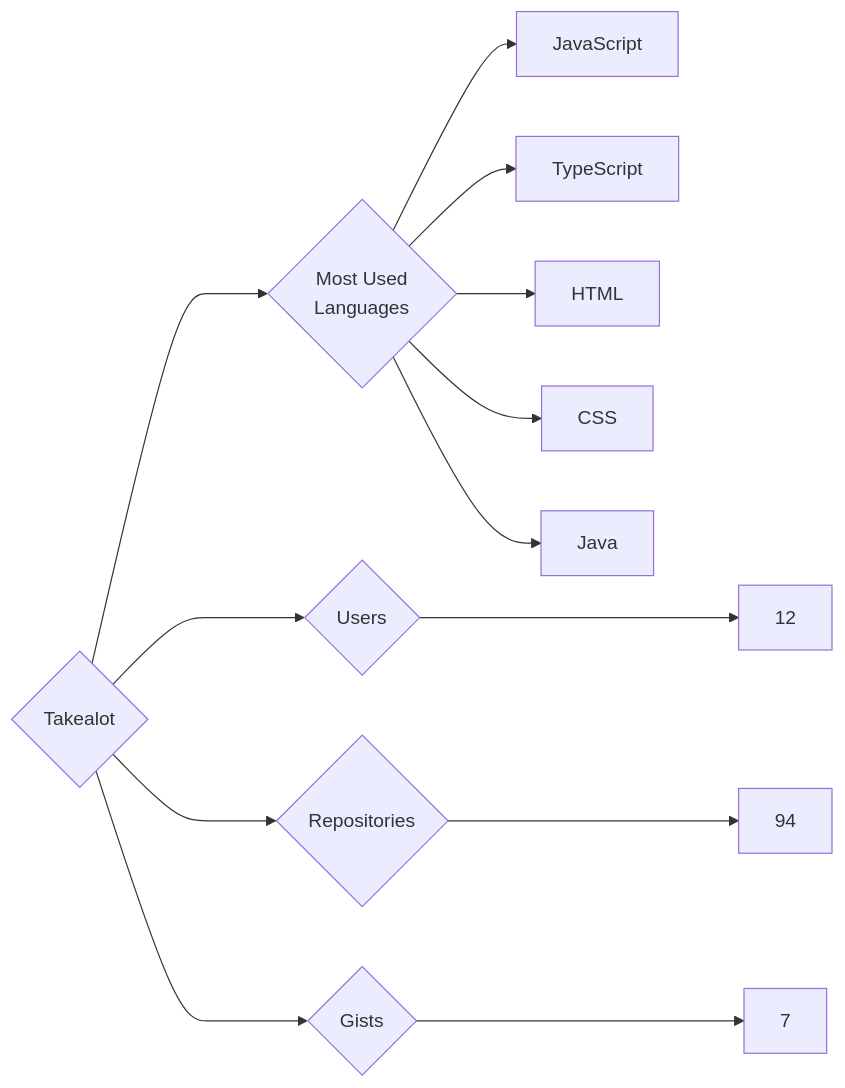
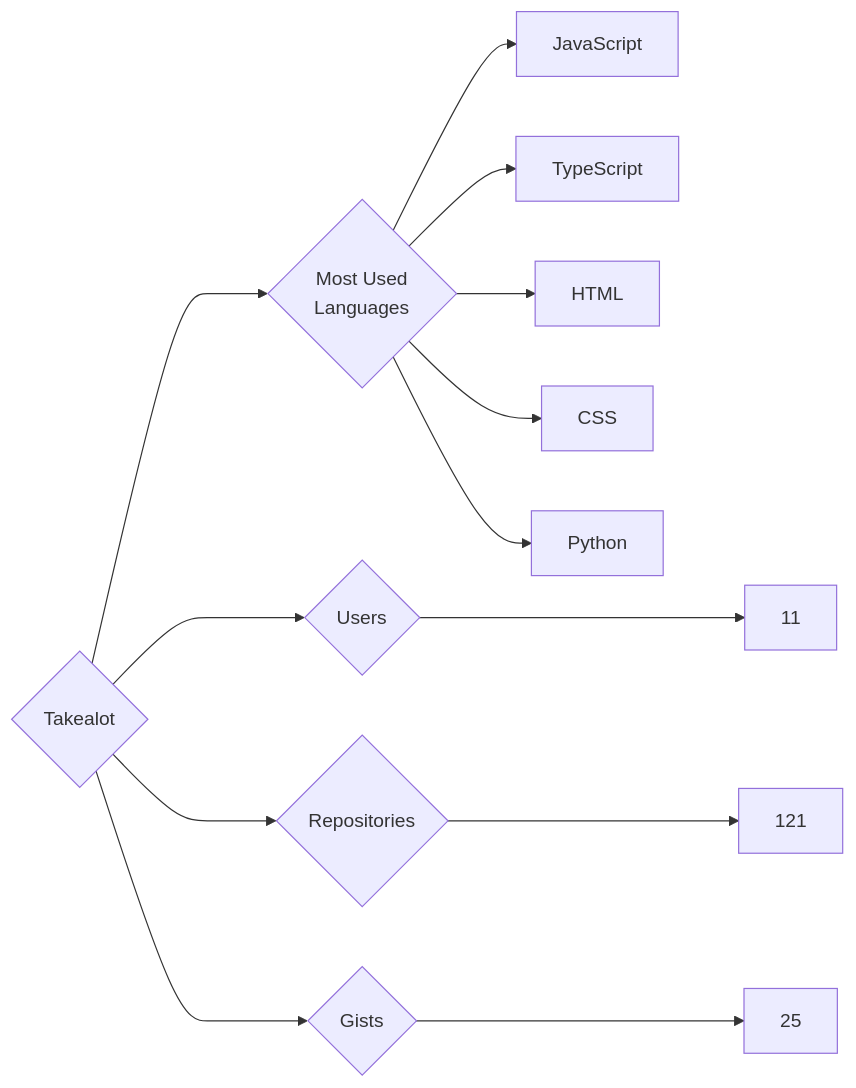
One commit to trickest/insiders changed the diagram in targets/Takealot/README.md. Above: the diagram before and after it, drawn with Mermaid. The commit also changed 973 other files, not shown here.

````diff
--- a/targets/Takealot/README.md
+++ b/targets/Takealot/README.md
@@ -3,13 +3,13 @@
 ```mermaid
 graph LR
 COMPANY_NAME{Takealot}
-COMPANY_NAME ---> U{Users} ---> UN[12]
-COMPANY_NAME ---> R{Repositories} ---> RN[94]
-COMPANY_NAME ---> G{Gists} ---> GN[7]
+COMPANY_NAME ---> U{Users} ---> UN[11]
+COMPANY_NAME ---> R{Repositories} ---> RN[121]
+COMPANY_NAME ---> G{Gists} ---> GN[25]
 COMPANY_NAME ---> ML{Most Used<br>Languages}
 ML --> JavaScript[JavaScript]
 ML --> TypeScript[TypeScript]
 ML --> HTML[HTML]
 ML --> CSS[CSS]
-ML --> Java[Java]
+ML --> Python[Python]
 ```
````
